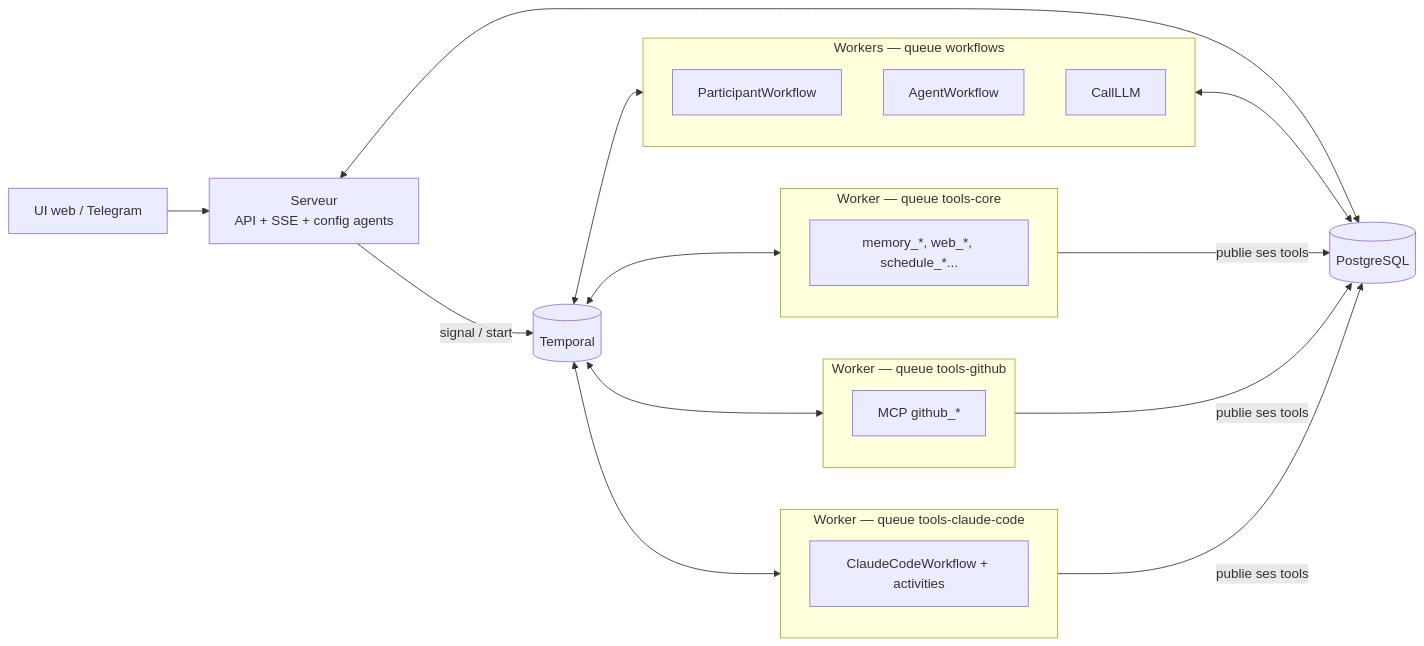
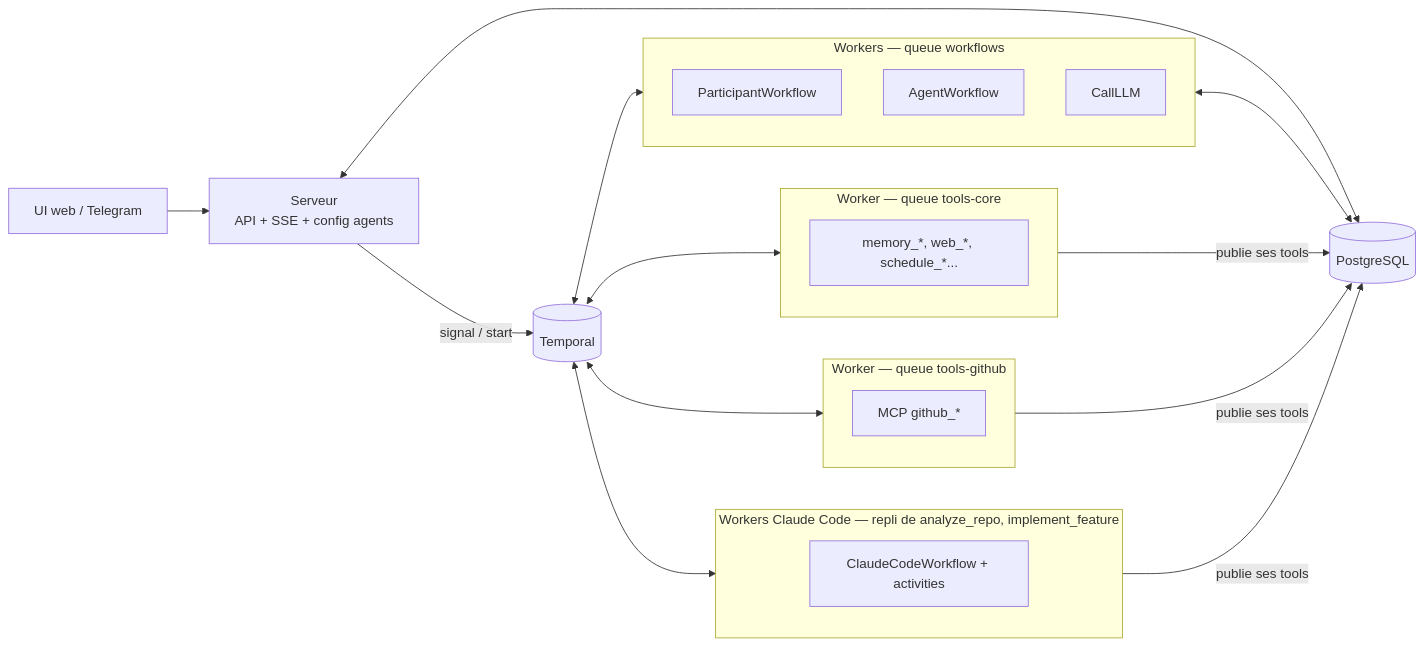
Before and after one commit to Victor118/temporal-agent: the diagram in docs/architecture.md, drawn with Mermaid. The commit also changed other lines of this file and 3 other files, not shown here.

````diff
--- a/docs/architecture.md
+++ b/docs/architecture.md
@@ -65,33 +65,33 @@
 ```mermaid
 flowchart LR
     UI[UI web / Telegram] --> S[Serveur<br/>API + SSE + config agents]
     S -->|signal / start| T[(Temporal)]
     S <--> DB[(PostgreSQL)]
 
     subgraph WF[Workers — queue workflows]
         SW[ParticipantWorkflow]
         AW[AgentWorkflow]
         LLM[CallLLM]
     end
 
     subgraph TC[Worker — queue tools-core]
         TC1[memory_*, web_*, schedule_*...]
     end
 
     subgraph TG[Worker — queue tools-github]
         TG1[MCP github_*]
     end
 
-    subgraph TCC[Worker — queue tools-claude-code]
+    subgraph TCC[Workers Claude Code — repli de analyze_repo, implement_feature]
         TCC1[ClaudeCodeWorkflow + activities]
     end
 
     T <--> WF
     T <--> TC
     T <--> TG
     T <--> TCC
     WF <--> DB
     TC -->|publie ses tools| DB
     TG -->|publie ses tools| DB
     TCC -->|publie ses tools| DB
 ```
````
